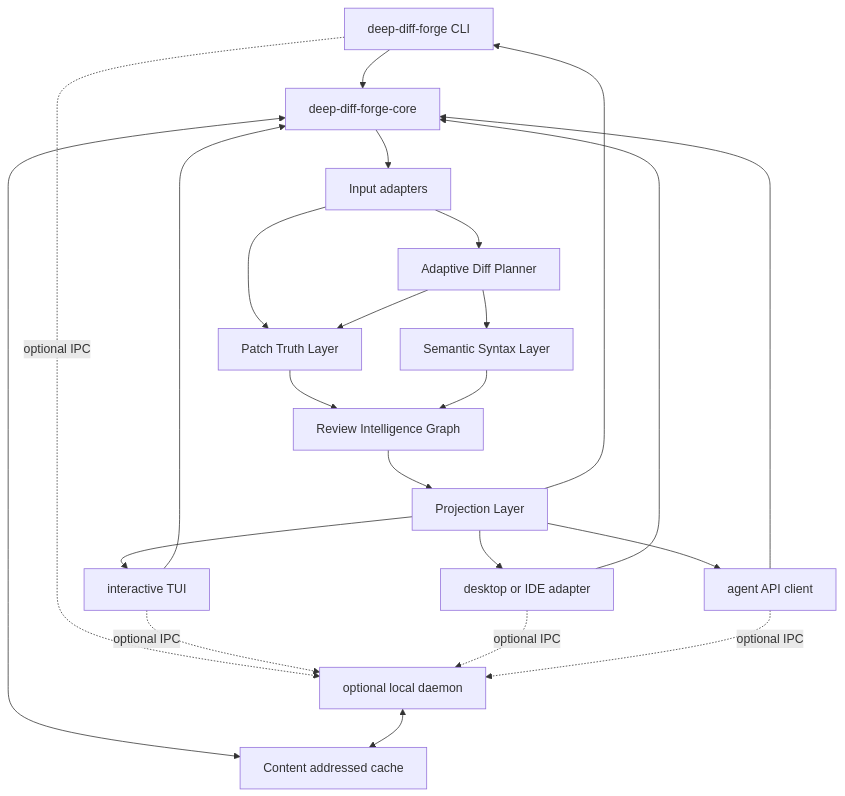
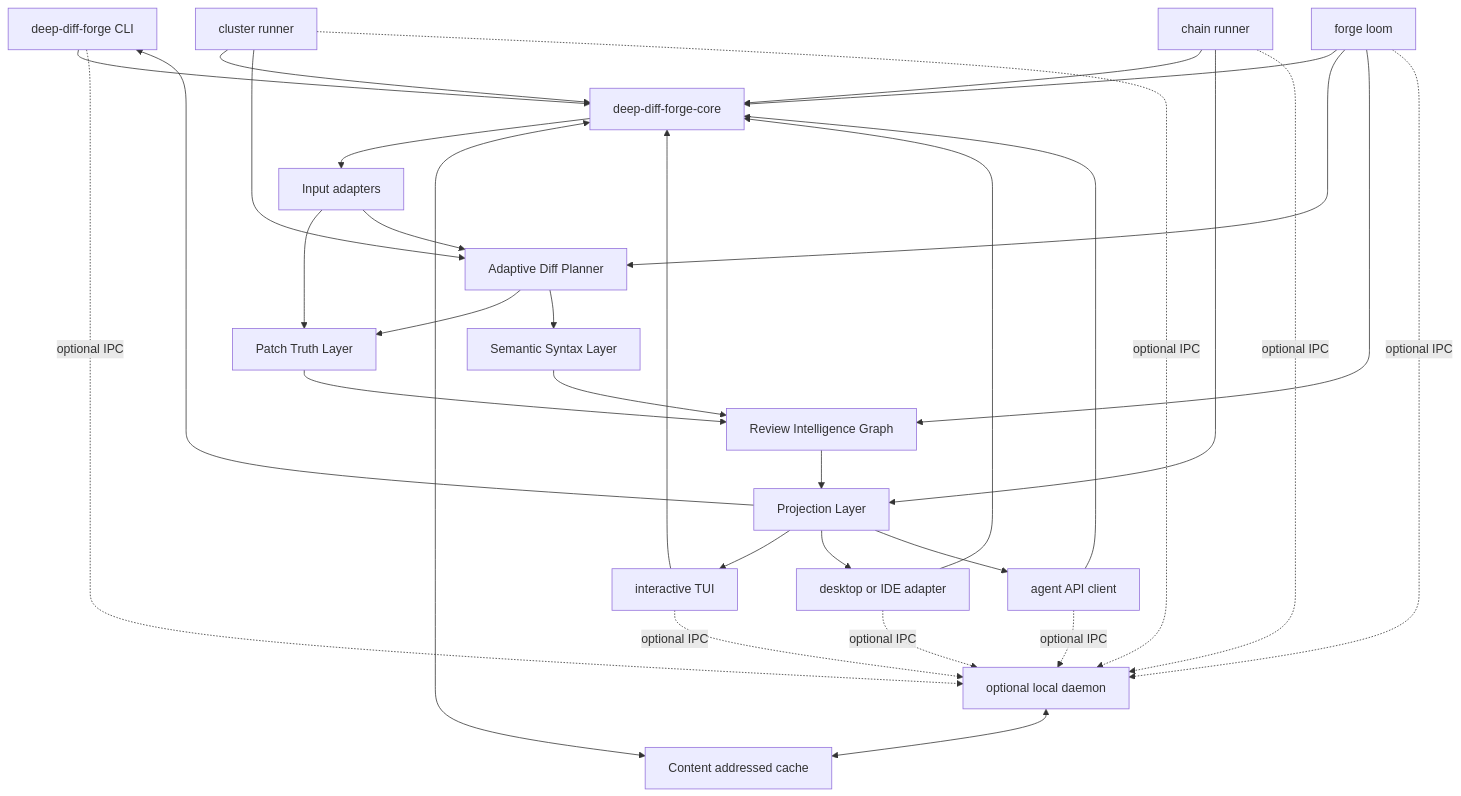
One commit to Louranicas/deep-diff-forge changed the first of 6 diagrams in docs/SCHEMATICS.md. Above: the diagram before and after it, drawn with Mermaid. The commit also changed other lines of this file and 12 other files, not shown here.

Commit message:
Add chain cluster and loom execution plans

````diff
--- a/docs/SCHEMATICS.md
+++ b/docs/SCHEMATICS.md
@@ -19,41 +19,54 @@
 ```mermaid
 flowchart TB
     CLI[deep-diff-forge CLI]
     TUI[interactive TUI]
     Desktop[desktop or IDE adapter]
     Agent[agent API client]
+    Chain[chain runner]
+    Cluster[cluster runner]
+    Loom[forge loom]
     Core[deep-diff-forge-core]
     Input[Input adapters]
     Patch[Patch Truth Layer]
     Syntax[Semantic Syntax Layer]
     Planner[Adaptive Diff Planner]
     Graph[Review Intelligence Graph]
     Projection[Projection Layer]
     Cache[Content addressed cache]
     Daemon[optional local daemon]
 
     CLI --> Core
     TUI --> Core
     Desktop --> Core
     Agent --> Core
+    Chain --> Core
+    Cluster --> Core
+    Loom --> Core
 
     Core --> Input
     Input --> Patch
     Input --> Planner
     Planner --> Patch
     Planner --> Syntax
     Patch --> Graph
     Syntax --> Graph
     Graph --> Projection
     Projection --> CLI
     Projection --> TUI
     Projection --> Desktop
     Projection --> Agent
 
     Core <--> Cache
+    Chain --> Projection
+    Cluster --> Planner
+    Loom --> Planner
+    Loom --> Graph
     Daemon <--> Cache
     CLI -. optional IPC .-> Daemon
     TUI -. optional IPC .-> Daemon
     Desktop -. optional IPC .-> Daemon
     Agent -. optional IPC .-> Daemon
+    Chain -. optional IPC .-> Daemon
+    Cluster -. optional IPC .-> Daemon
+    Loom -. optional IPC .-> Daemon
 ```
````
